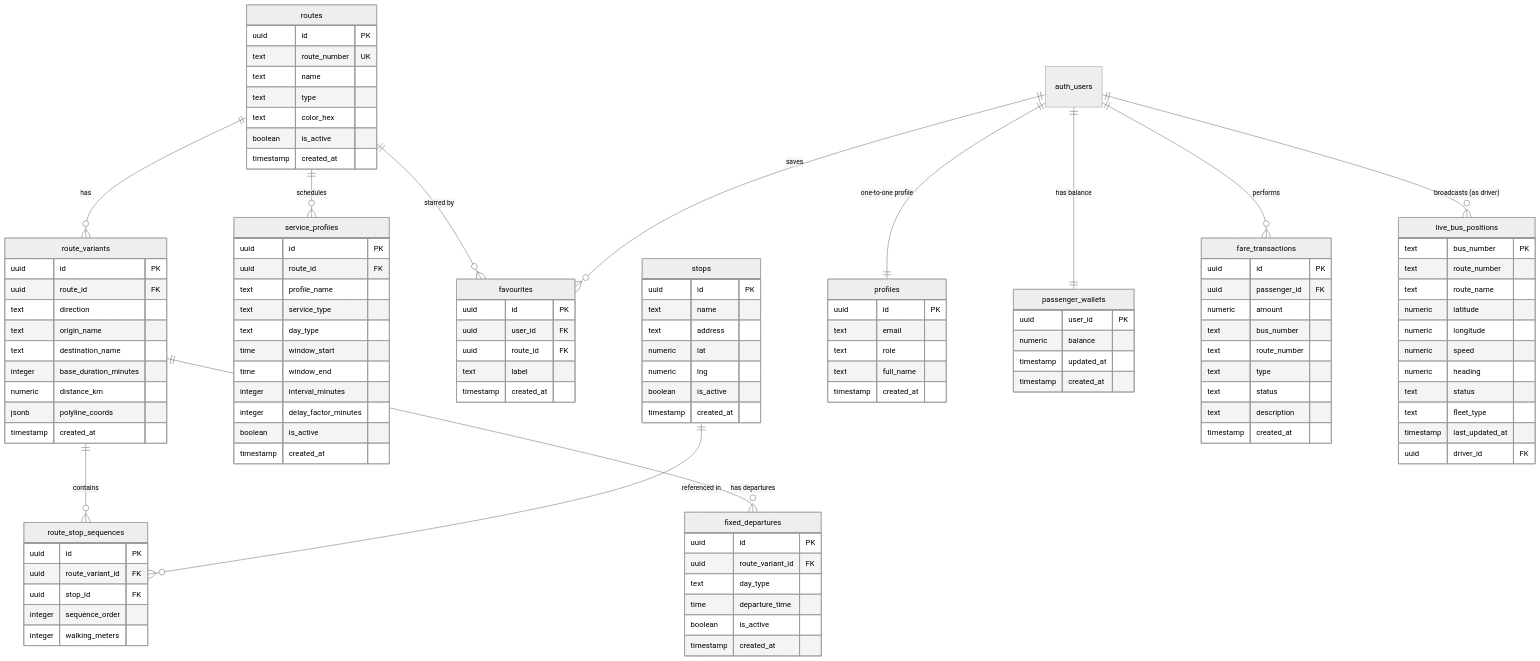
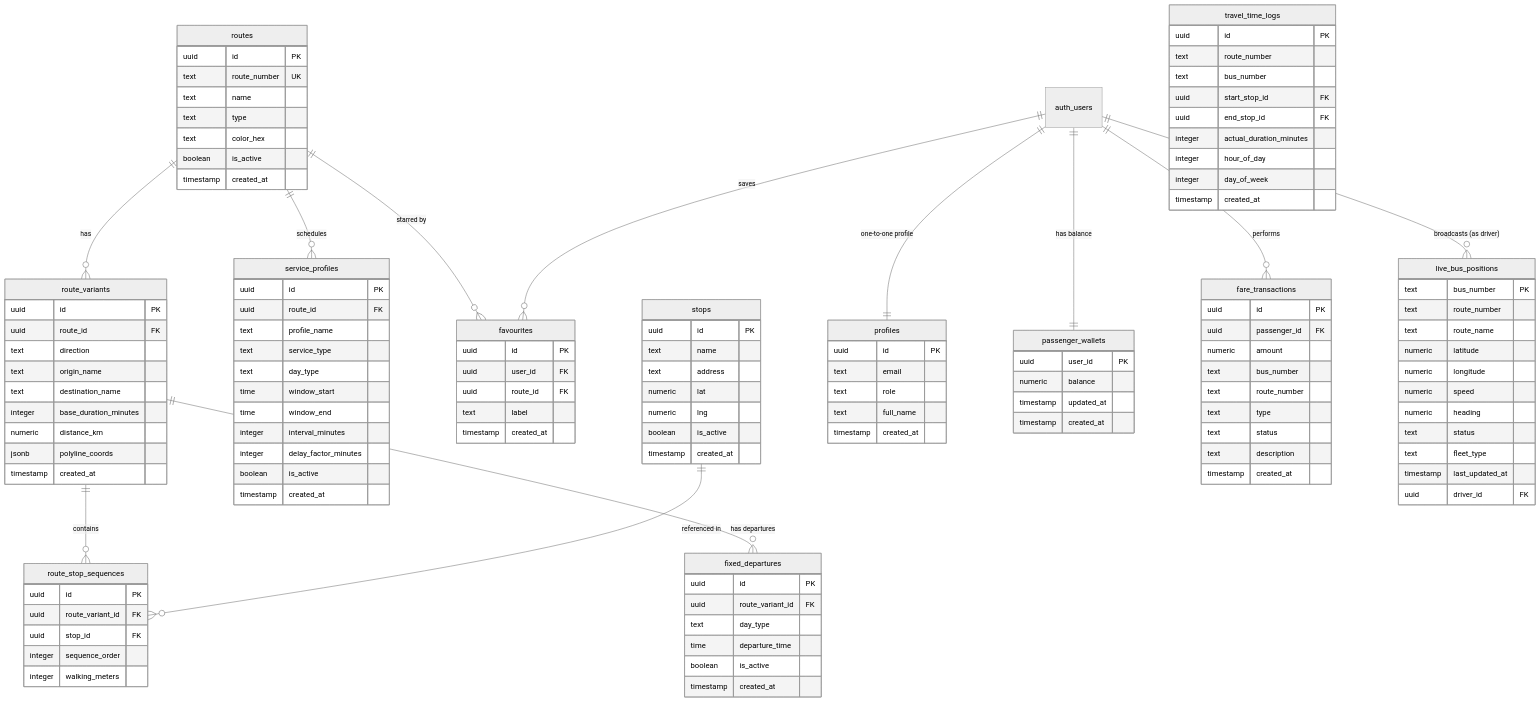
One commit to PandaSL2/TransLink changed the second of 2 diagrams in README.md. Above: the diagram before and after it, drawn with Mermaid (neutral theme). The commit also changed other lines of this file, not shown here.

Commit message:
docs: update README with ML arrival prediction feature and ERD updates

```diff
--- a/README.md
+++ b/README.md
@@ -187,6 +187,18 @@
         timestamp created_at
     }
 
+    travel_time_logs {
+        uuid id PK
+        text route_number
+        text bus_number
+        uuid start_stop_id FK
+        uuid end_stop_id FK
+        integer actual_duration_minutes
+        integer hour_of_day
+        integer day_of_week
+        timestamp created_at
+    }
+
     favourites {
         uuid id PK
         uuid user_id FK
```
